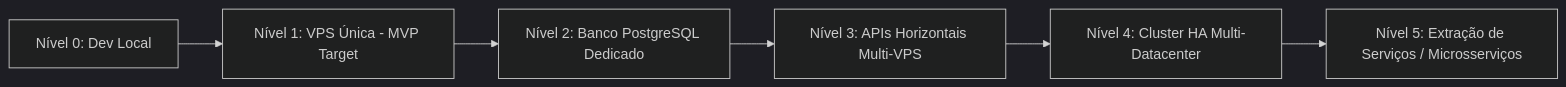
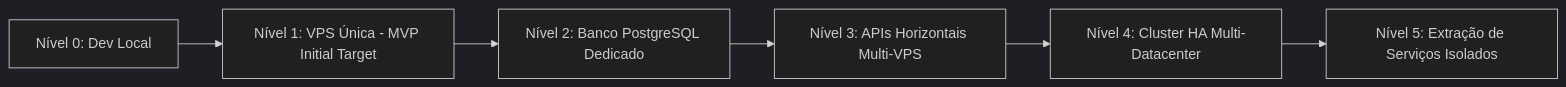
One commit to lyvoxconsult/lyvoxcorp changed the diagram in docs/planejamento/16-PERFORMANCE-CAPACIDADE-E-ESCALABILIDADE.md. Above: the diagram before and after it, drawn with Mermaid (dark theme). The commit also changed other lines of this file and 28 other files, not shown here.

````diff
--- a/docs/planejamento/16-PERFORMANCE-CAPACIDADE-E-ESCALABILIDADE.md
+++ b/docs/planejamento/16-PERFORMANCE-CAPACIDADE-E-ESCALABILIDADE.md
@@ -39,8 +51,8 @@
 ```mermaid
 graph LR
-    L0[Nível 0: Dev Local] --> L1[Nível 1: VPS Única - MVP Target]
+    L0[Nível 0: Dev Local] --> L1[Nível 1: VPS Única - MVP Initial Target]
     L1 --> L2[Nível 2: Banco PostgreSQL Dedicado]
     L2 --> L3[Nível 3: APIs Horizontais Multi-VPS]
     L3 --> L4[Nível 4: Cluster HA Multi-Datacenter]
-    L4 --> L5[Nível 5: Extração de Serviços / Microsserviços]
+    L4 --> L5[Nível 5: Extração de Serviços Isolados]
 ```
````
